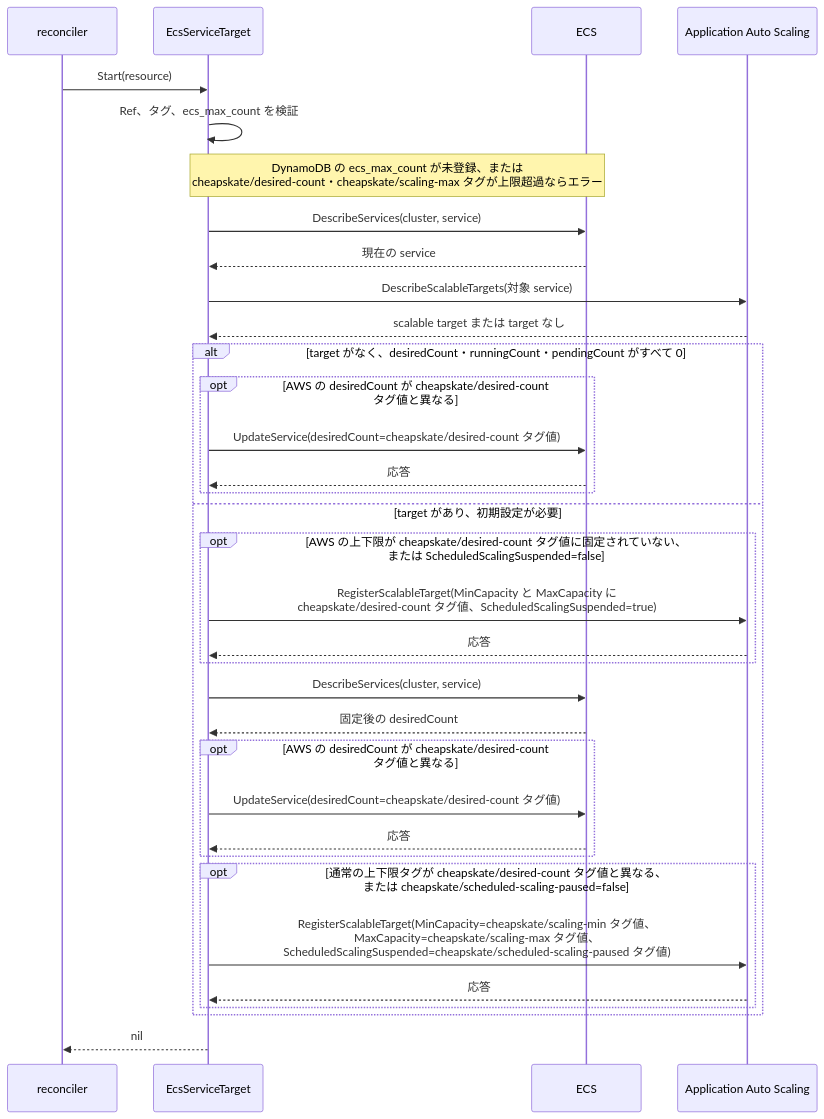
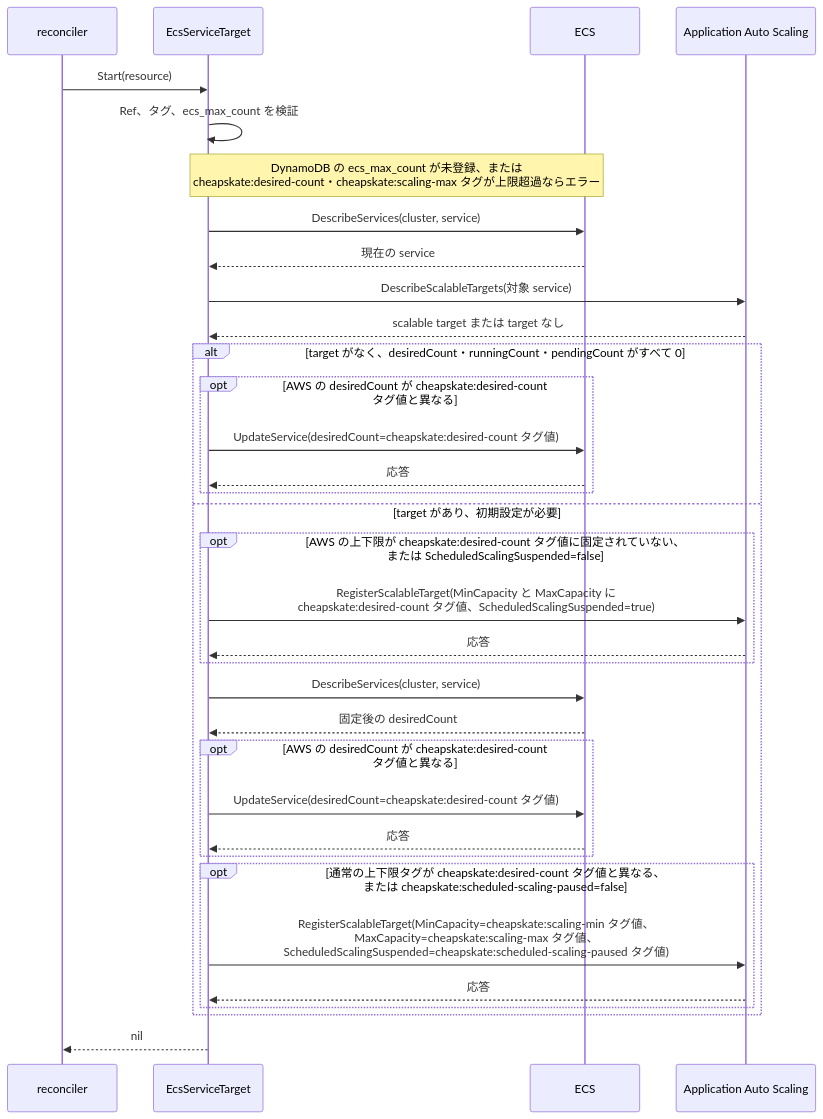
Before and after one commit to moepig/cheapskate: the seventh of 9 diagrams in docs/ja/development/resource_sequence.md, drawn with Mermaid. The commit also changed other lines of this file and 17 other files, not shown here.

````diff
--- a/docs/ja/development/resource_sequence.md
+++ b/docs/ja/development/resource_sequence.md
@@ -258,36 +258,36 @@
 ```mermaid
 sequenceDiagram
     participant Reconciler as reconciler
     participant Adapter as EcsServiceTarget
     participant EcsAPI as ECS
     participant AutoScaling as Application Auto Scaling
     Reconciler->>Adapter: Start(resource)
     Adapter->>Adapter: Ref、タグ、ecs_max_count を検証
-    Note over Adapter,EcsAPI: DynamoDB の ecs_max_count が未登録、または<br/>cheapskate/desired-count・cheapskate/scaling-max タグが上限超過ならエラー
+    Note over Adapter,EcsAPI: DynamoDB の ecs_max_count が未登録、または<br/>cheapskate:desired-count・cheapskate:scaling-max タグが上限超過ならエラー
     Adapter->>EcsAPI: DescribeServices(cluster, service)
     EcsAPI-->>Adapter: 現在の service
     Adapter->>AutoScaling: DescribeScalableTargets(対象 service)
     AutoScaling-->>Adapter: scalable target または target なし
     alt target がなく、desiredCount・runningCount・pendingCount がすべて 0
-        opt AWS の desiredCount が cheapskate/desired-count タグ値と異なる
-            Adapter->>EcsAPI: UpdateService(desiredCount=cheapskate/desired-count タグ値)
+        opt AWS の desiredCount が cheapskate:desired-count タグ値と異なる
+            Adapter->>EcsAPI: UpdateService(desiredCount=cheapskate:desired-count タグ値)
             EcsAPI-->>Adapter: 応答
         end
     else target があり、初期設定が必要
-        opt AWS の上下限が cheapskate/desired-count タグ値に固定されていない、<br/>または ScheduledScalingSuspended=false
-            Adapter->>AutoScaling: RegisterScalableTarget(MinCapacity と MaxCapacity に<br/>cheapskate/desired-count タグ値、ScheduledScalingSuspended=true)
+        opt AWS の上下限が cheapskate:desired-count タグ値に固定されていない、<br/>または ScheduledScalingSuspended=false
+            Adapter->>AutoScaling: RegisterScalableTarget(MinCapacity と MaxCapacity に<br/>cheapskate:desired-count タグ値、ScheduledScalingSuspended=true)
             AutoScaling-->>Adapter: 応答
         end
         Adapter->>EcsAPI: DescribeServices(cluster, service)
         EcsAPI-->>Adapter: 固定後の desiredCount
-        opt AWS の desiredCount が cheapskate/desired-count タグ値と異なる
-            Adapter->>EcsAPI: UpdateService(desiredCount=cheapskate/desired-count タグ値)
+        opt AWS の desiredCount が cheapskate:desired-count タグ値と異なる
+            Adapter->>EcsAPI: UpdateService(desiredCount=cheapskate:desired-count タグ値)
             EcsAPI-->>Adapter: 応答
         end
-        opt 通常の上下限タグが cheapskate/desired-count タグ値と異なる、<br/>または cheapskate/scheduled-scaling-paused=false
-            Adapter->>AutoScaling: RegisterScalableTarget(MinCapacity=cheapskate/scaling-min タグ値、<br/>MaxCapacity=cheapskate/scaling-max タグ値、<br/>ScheduledScalingSuspended=cheapskate/scheduled-scaling-paused タグ値)
+        opt 通常の上下限タグが cheapskate:desired-count タグ値と異なる、<br/>または cheapskate:scheduled-scaling-paused=false
+            Adapter->>AutoScaling: RegisterScalableTarget(MinCapacity=cheapskate:scaling-min タグ値、<br/>MaxCapacity=cheapskate:scaling-max タグ値、<br/>ScheduledScalingSuspended=cheapskate:scheduled-scaling-paused タグ値)
             AutoScaling-->>Adapter: 応答
         end
     end
     Adapter-->>Reconciler: nil
 ```
````
